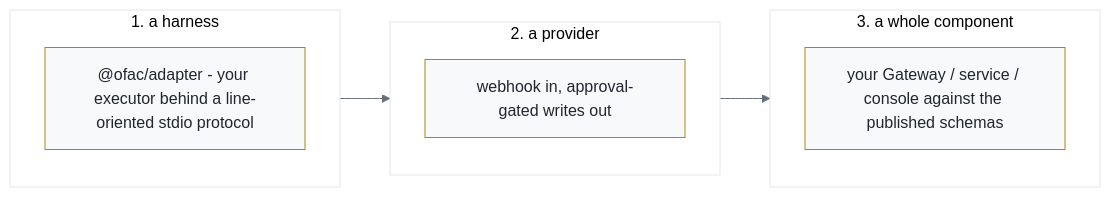
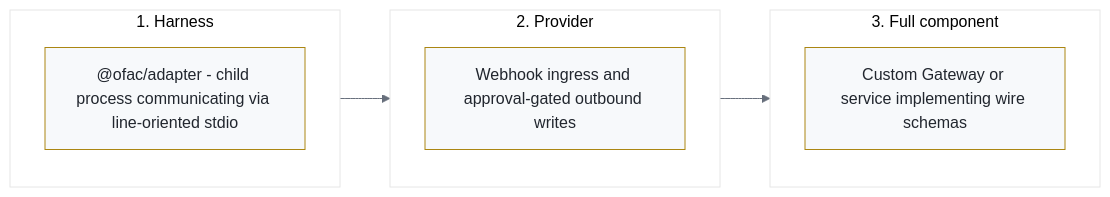
The diagram in site/src/pages/extend.md (denisekart/open-facilitator), drawn with Mermaid before and after one commit. The commit also changed other lines of this file and 13 other files, not shown here.

````diff
--- a/site/src/pages/extend.md
+++ b/site/src/pages/extend.md
@@ -12,16 +9,14 @@
 ```mermaid title="The three seams, from cheapest to deepest"
-%%{init: {"theme": "base", "themeVariables": {"primaryColor": "#f7f9fb",
-"primaryBorderColor": "#ab8612", "primaryTextColor": "#21262e",
-"lineColor": "#676f7c", "secondaryColor": "#faf2d6"}}}%%
+%%{init: {"theme": "base", "themeVariables": {"primaryColor": "#f7f9fb", "primaryBorderColor": "#ab8612", "primaryTextColor": "#21262e", "lineColor": "#676f7c", "secondaryColor": "#faf2d6"}}}%%
 flowchart LR
-  subgraph S1["1. a harness"]
-    AD["@ofac/adapter - your executor behind a line-oriented stdio protocol"]
+  subgraph S1["1. Harness"]
+    AD["@ofac/adapter - child process communicating via line-oriented stdio"]
   end
-  subgraph S2["2. a provider"]
-    PR["webhook in, approval-gated writes out"]
+  subgraph S2["2. Provider"]
+    PR["Webhook ingress and approval-gated outbound writes"]
   end
-  subgraph S3["3. a whole component"]
-    IM["your Gateway / service / console against the published schemas"]
+  subgraph S3["3. Full component"]
+    IM["Custom Gateway or service implementing wire schemas"]
   end
   S1 --> S2 --> S3
 ```
````
